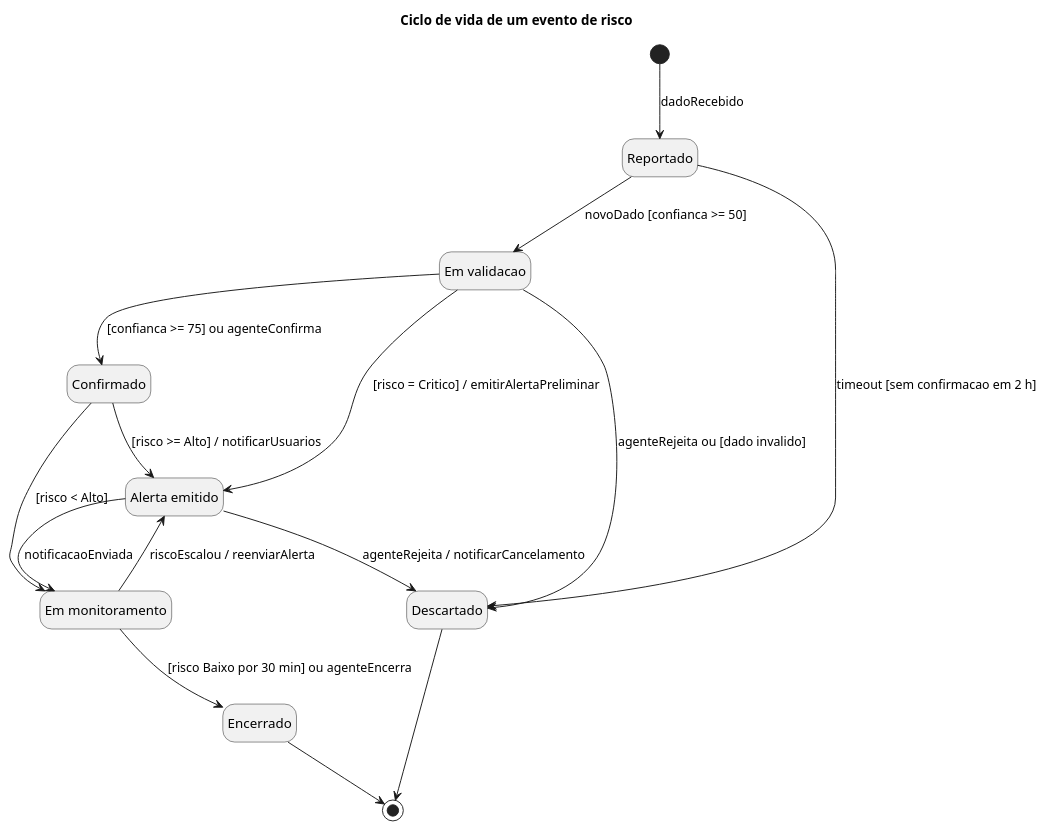
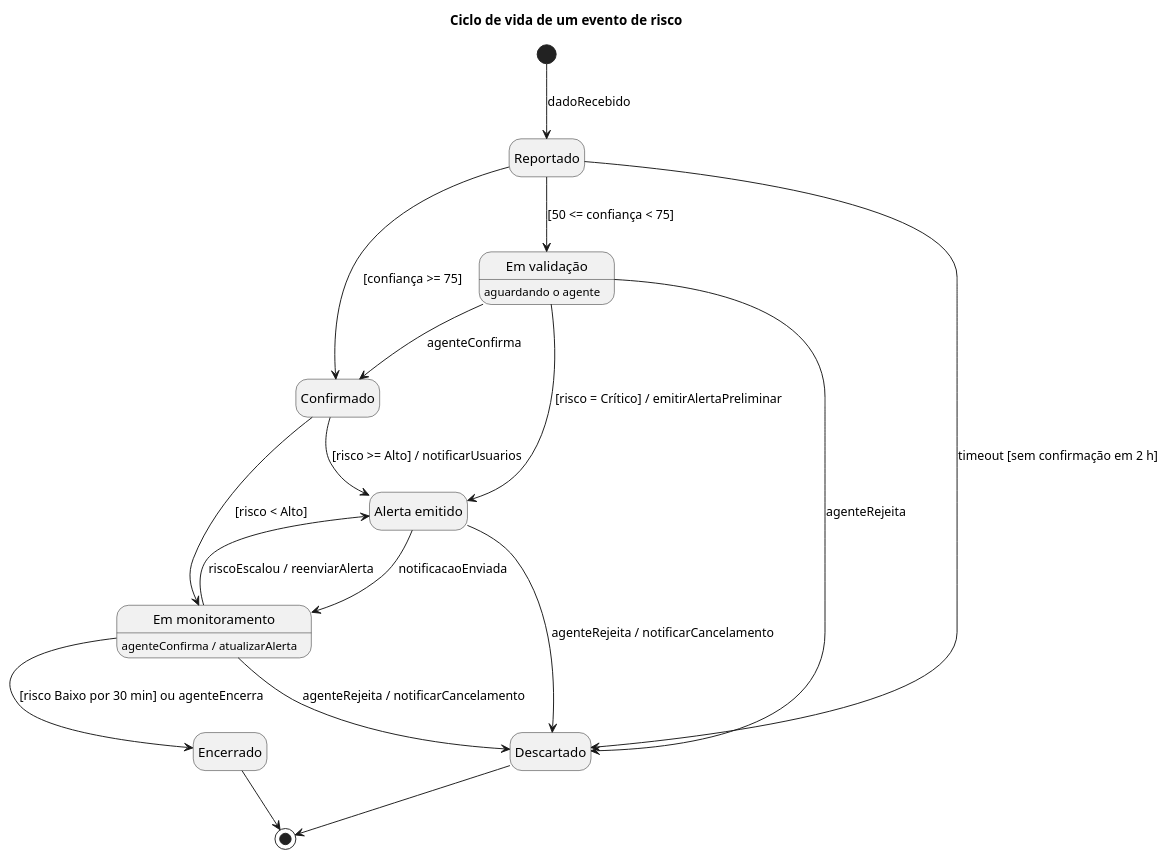
The diagram in docs/diagramas/estados.puml (IsaacEmerick/urban-risk-platform), drawn with PlantUML before and after one commit. The commit also changed 7 other files, not shown here.

First line of the commit message:
Diagramas revisados, com acentos e PNG renderizados

```diff
--- a/docs/diagramas/estados.puml
+++ b/docs/diagramas/estados.puml
@@ -1,26 +1,33 @@
-@startuml
+@startuml estados
 title Ciclo de vida de um evento de risco
 hide empty description
 state Reportado
-state "Em validacao" as EmValidacao
+state "Em validação" as EmValidacao
 state Confirmado
 state "Alerta emitido" as AlertaEmitido
 state "Em monitoramento" as EmMonitoramento
 state Encerrado
 state Descartado
 
+' Em validação = aguardando a decisão do agente (RN02)
+EmValidacao : aguardando o agente
+' Transição interna: confirma o alerta preliminar e remove a marca "não confirmado"
+EmMonitoramento : agenteConfirma / atualizarAlerta
+
 [*] --> Reportado : dadoRecebido
-Reportado --> EmValidacao : novoDado [confianca >= 50]
-Reportado --> Descartado : timeout [sem confirmacao em 2 h]
-EmValidacao --> Confirmado : [confianca >= 75] ou agenteConfirma
-EmValidacao --> AlertaEmitido : [risco = Critico] / emitirAlertaPreliminar
-EmValidacao --> Descartado : agenteRejeita ou [dado invalido]
+Reportado --> Confirmado : [confiança >= 75]
+Reportado --> EmValidacao : [50 <= confiança < 75]
+Reportado --> Descartado : timeout [sem confirmação em 2 h]
+EmValidacao --> Confirmado : agenteConfirma
+EmValidacao --> AlertaEmitido : [risco = Crítico] / emitirAlertaPreliminar
+EmValidacao --> Descartado : agenteRejeita
 Confirmado --> AlertaEmitido : [risco >= Alto] / notificarUsuarios
 Confirmado --> EmMonitoramento : [risco < Alto]
 AlertaEmitido --> EmMonitoramento : notificacaoEnviada
 AlertaEmitido --> Descartado : agenteRejeita / notificarCancelamento
 EmMonitoramento --> AlertaEmitido : riscoEscalou / reenviarAlerta
+EmMonitoramento --> Descartado : agenteRejeita / notificarCancelamento
 EmMonitoramento --> Encerrado : [risco Baixo por 30 min] ou agenteEncerra
 Encerrado --> [*]
 Descartado --> [*]
 @enduml
```
